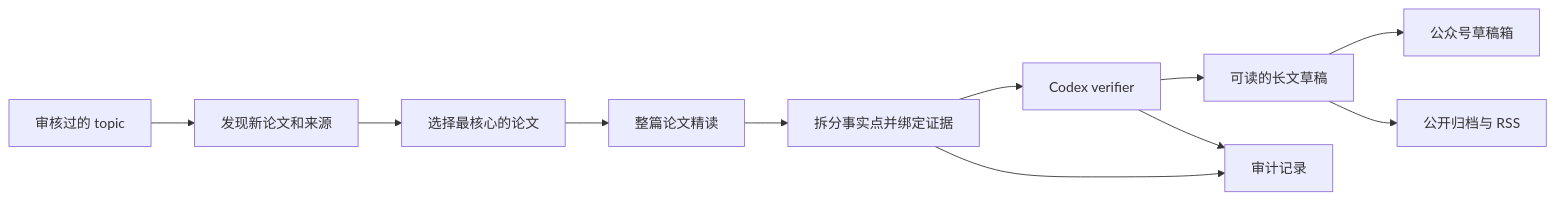
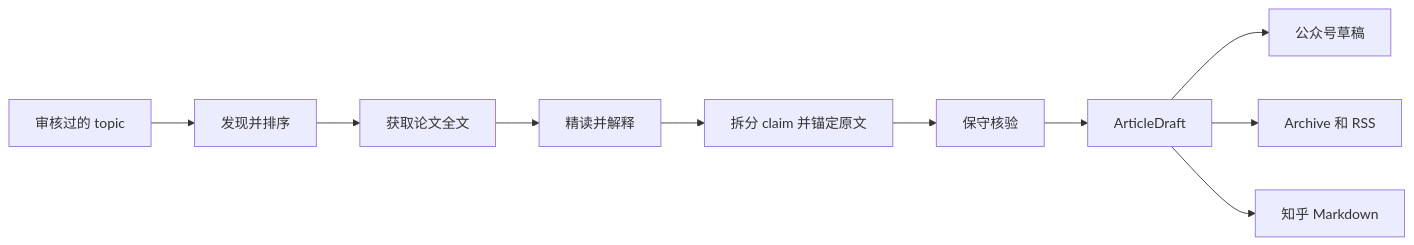
One commit to SleepyLGod/research-radar changed the diagram in README.zh-CN.md. Above: the diagram before and after it, drawn with Mermaid. The commit also changed other lines of this file and 5 other files, not shown here.

````diff
--- a/README.zh-CN.md
+++ b/README.zh-CN.md
@@ -24,13 +31,12 @@
 ```mermaid
 flowchart LR
-    A["审核过的 topic"] --> B["发现新论文和来源"]
-    B --> C["选择最核心的论文"]
-    C --> D["整篇论文精读"]
-    D --> E["拆分事实点并绑定证据"]
-    E --> F["Codex verifier"]
-    F --> G["可读的长文草稿"]
-    G --> H["公众号草稿箱"]
-    G --> J["公开归档与 RSS"]
-    E --> I["审计记录"]
-    F --> I
+    A["审核过的 topic"] --> B["发现并排序"]
+    B --> C["获取论文全文"]
+    C --> D["精读并解释"]
+    D --> E["拆分 claim 并锚定原文"]
+    E --> F["保守核验"]
+    F --> G["ArticleDraft"]
+    G --> H["公众号草稿"]
+    G --> I["Archive 和 RSS"]
+    G --> J["知乎 Markdown"]
 ```
````
